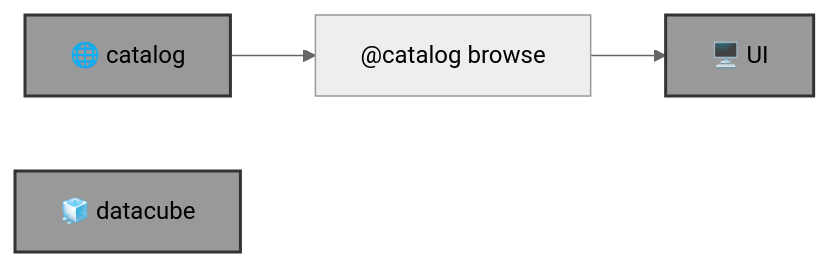
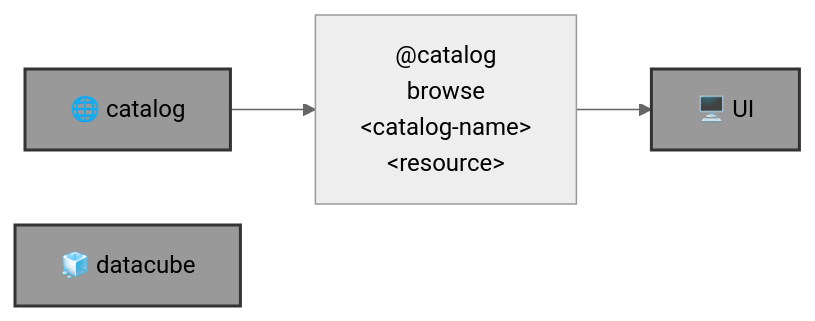
Before and after one commit to kamangir/blue-geo: the diagram in README.md, drawn with Mermaid (neutral theme). The commit also changed other lines of this file and 2 other files, not shown here.

Commit message:
+= mermaid - kamangir/bolt#746

````diff
--- a/README.md
+++ b/README.md
@@ -9,13 +9,13 @@
 ```mermaid
 graph LR
-    catalog_browse["@catalog browse <catalog-name> <resource>"]
+    catalog_browse["@catalog<br>browse<br>&lt;catalog-name&gt;<br>&lt;resource&gt;"]
 
     catalog["🌐 catalog"]:::folder
     datacube_id["🧊 datacube"]:::folder
     UI["🖥️ UI"]:::folder
 
     catalog --> catalog_browse
     catalog_browse --> UI
 
     classDef folder fill:#999,stroke:#333,stroke-width:2px;
 ```
````
